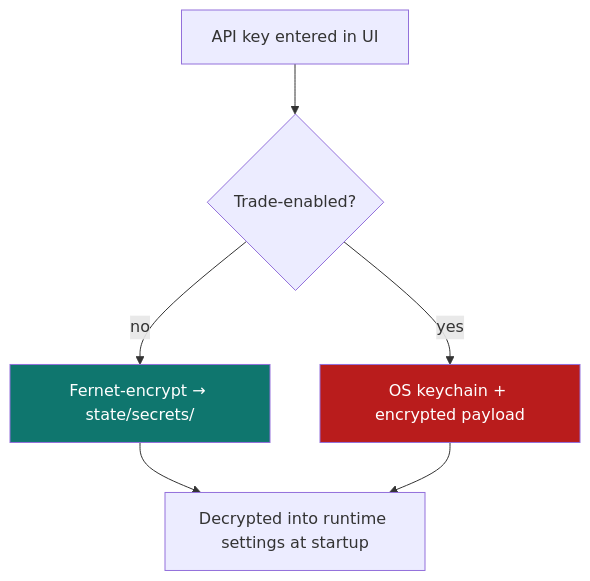
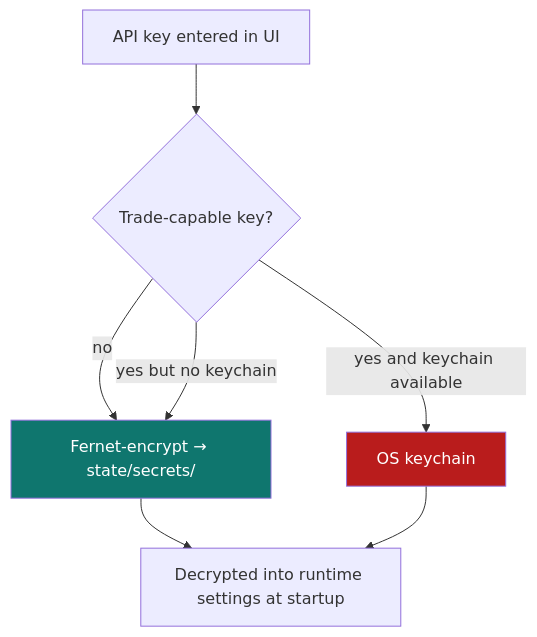
Before and after one commit to quantglass-labs/quantglass: the first of 2 diagrams in docs/technical/09-security.md, drawn with Mermaid. The commit also changed other lines of this file and 13 other files, not shown here.

````diff
--- a/docs/technical/09-security.md
+++ b/docs/technical/09-security.md
@@ -33,10 +33,11 @@
 ```mermaid
 flowchart TB
-    K[API key entered in UI] --> T{Trade-enabled?}
+    K[API key entered in UI] --> T{Trade-capable key?}
     T -->|no| F[Fernet-encrypt → state/secrets/]
-    T -->|yes| KC[OS keychain + encrypted payload]
+    T -->|yes and keychain available| KC[OS keychain]
+    T -->|yes but no keychain| F
     F --> R[Decrypted into runtime settings at startup]
     KC --> R
     style KC fill:#b91c1c,color:#fff
     style F fill:#0f766e,color:#fff
 ```
````
